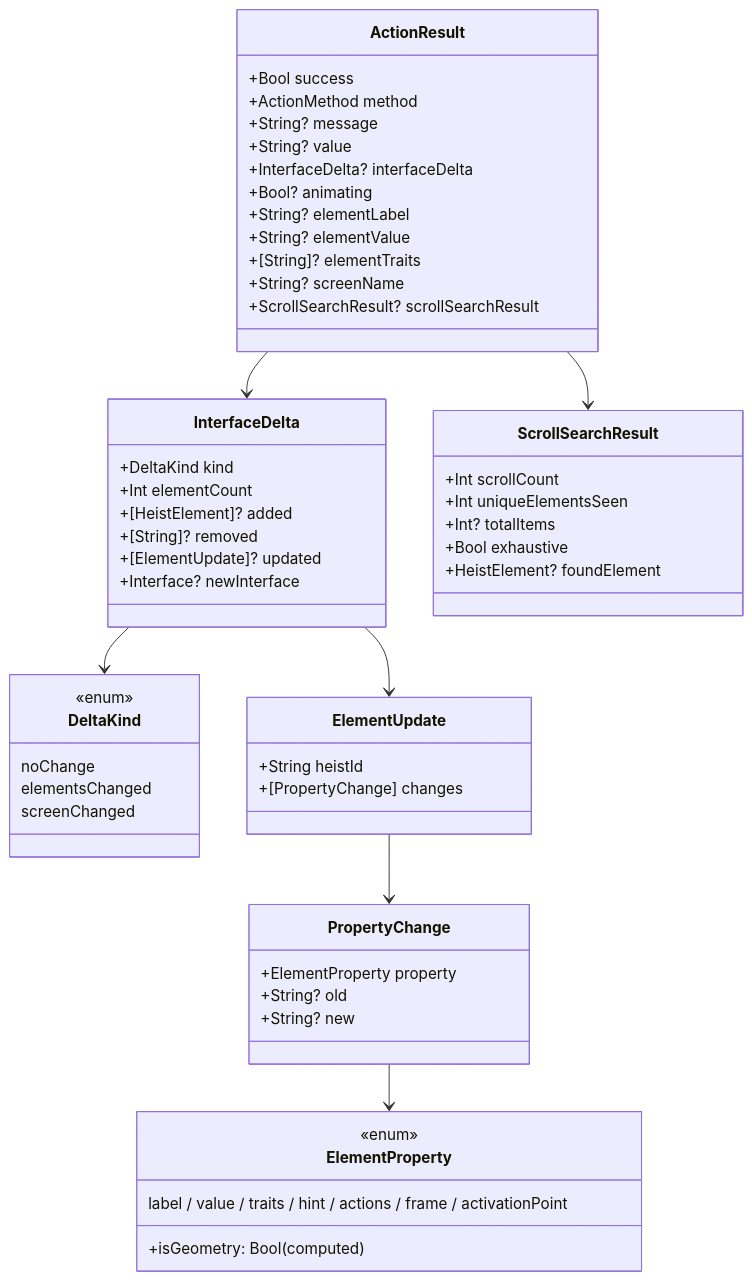
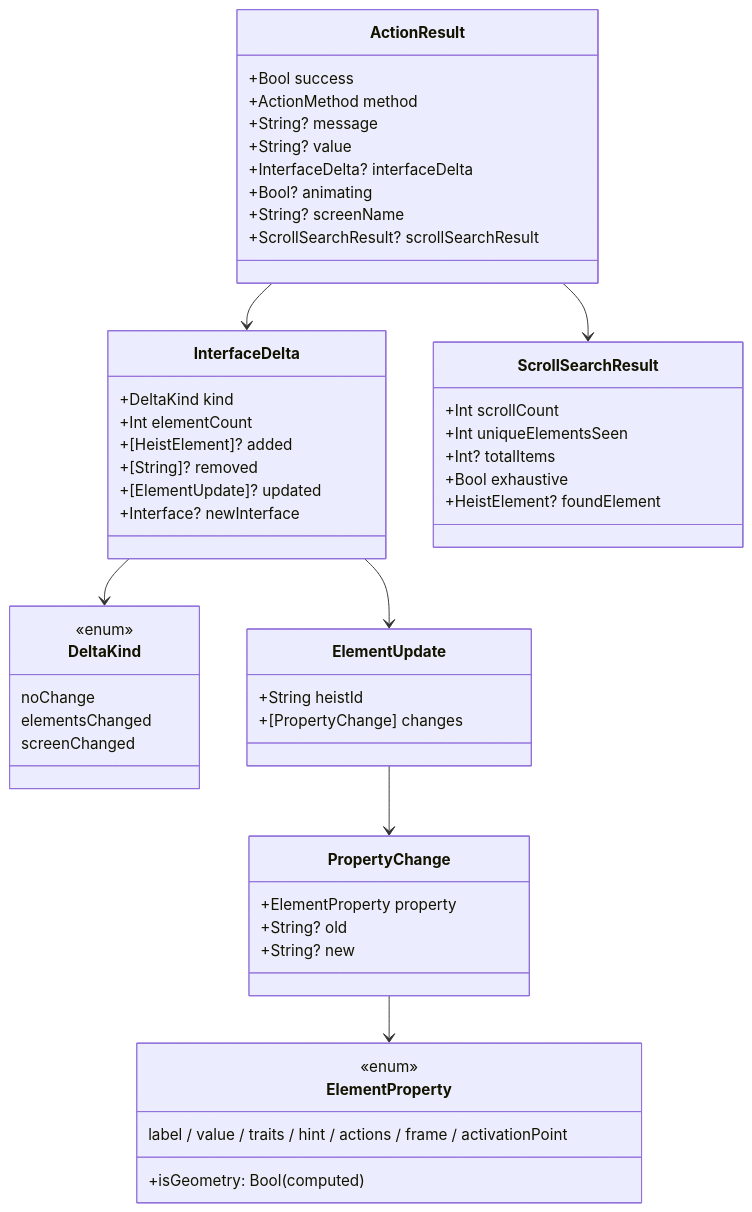
The fifth of 7 diagrams in docs/dossiers/01-THESCORE.md (RoyalPineapple/TheButtonHeist), drawn with Mermaid before and after one commit. The commit also changed other lines of this file and 6 other files, not shown here.

````diff
--- a/docs/dossiers/01-THESCORE.md
+++ b/docs/dossiers/01-THESCORE.md
@@ -190,64 +188,61 @@
 ```mermaid
 classDiagram
     class ActionResult {
         +Bool success
         +ActionMethod method
         +String? message
         +String? value
         +InterfaceDelta? interfaceDelta
         +Bool? animating
-        +String? elementLabel
-        +String? elementValue
-        +[String]? elementTraits
         +String? screenName
         +ScrollSearchResult? scrollSearchResult
     }
 
     class InterfaceDelta {
         +DeltaKind kind
         +Int elementCount
         +[HeistElement]? added
         +[String]? removed
         +[ElementUpdate]? updated
         +Interface? newInterface
     }
 
     class DeltaKind {
         <<enum>>
         noChange
         elementsChanged
         screenChanged
     }
 
     class ScrollSearchResult {
         +Int scrollCount
         +Int uniqueElementsSeen
         +Int? totalItems
         +Bool exhaustive
         +HeistElement? foundElement
     }
 
     class ElementUpdate {
         +String heistId
         +[PropertyChange] changes
     }
 
     class PropertyChange {
         +ElementProperty property
         +String? old
         +String? new
     }
 
     class ElementProperty {
         <<enum>>
         label / value / traits / hint / actions / frame / activationPoint
         +isGeometry: Bool (computed)
     }
 
     ActionResult --> InterfaceDelta
     ActionResult --> ScrollSearchResult
     InterfaceDelta --> DeltaKind
     InterfaceDelta --> ElementUpdate
     ElementUpdate --> PropertyChange
     PropertyChange --> ElementProperty
 ```
````
